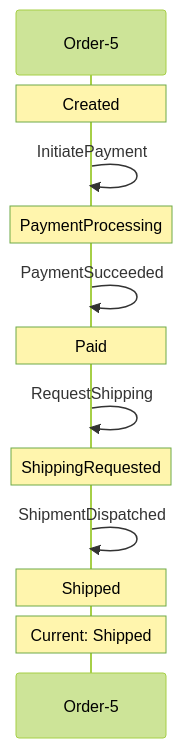
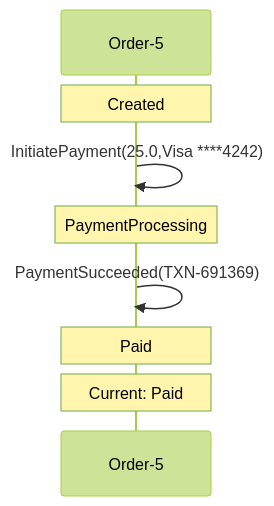
The second of 3 diagrams in docs/visualizations/order-5-trace.md (Iterable/mechanoid), drawn with Mermaid (forest theme) before and after one commit. The commit also changed other lines of this file and 33 other files, not shown here.

````diff
--- a/docs/visualizations/order-5-trace.md
+++ b/docs/visualizations/order-5-trace.md
@@ -60,14 +45,10 @@
 ```mermaid
 sequenceDiagram
     participant FSM as Order-5
     Note over FSM: Created
-    FSM->>FSM: InitiatePayment
+    FSM->>FSM: InitiatePayment(25.0,Visa ****4242)
     Note over FSM: PaymentProcessing
-    FSM->>FSM: PaymentSucceeded
+    FSM->>FSM: PaymentSucceeded(TXN-691369)
     Note over FSM: Paid
-    FSM->>FSM: RequestShipping
-    Note over FSM: ShippingRequested
-    FSM->>FSM: ShipmentDispatched
-    Note over FSM: Shipped
-    Note over FSM: Current: Shipped
+    Note over FSM: Current: Paid
 ```
````
